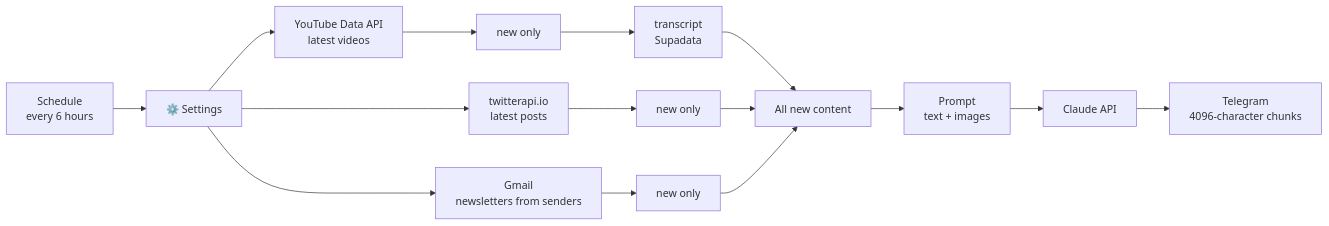
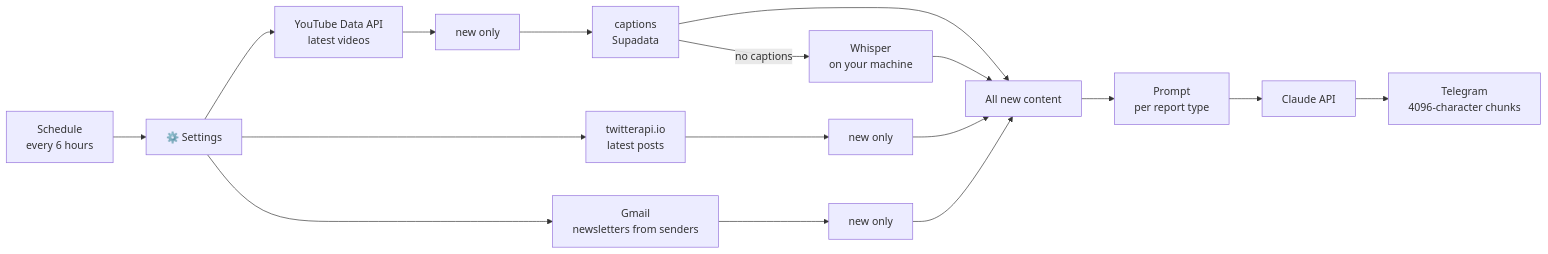
Before and after one commit to Jhanee01/n8n-content-digest: the diagram in README.md, drawn with Mermaid. The commit also changed other lines of this file and 7 other files, not shown here.

First line of the commit message:
Add local Whisper fallback and investment-focused report prompts

````diff
--- a/README.md
+++ b/README.md
@@ -20,14 +27,16 @@
 ```mermaid
 flowchart LR
     T[Schedule<br/>every 6 hours] --> C[⚙️ Settings]
     C --> YT[YouTube Data API<br/>latest videos]
     C --> X[twitterapi.io<br/>latest posts]
     C --> M[Gmail<br/>newsletters from senders]
-    YT --> D1[new only] --> S[transcript<br/>Supadata]
+    YT --> D1[new only] --> S[captions<br/>Supadata]
+    S -->|no captions| W[Whisper<br/>on your machine]
     X --> D2[new only]
     M --> D3[new only]
     S --> MG[All new content]
+    W --> MG
     D2 --> MG
     D3 --> MG
-    MG --> P[Prompt<br/>text + images] --> AI[Claude API] --> TG[Telegram<br/>4096-character chunks]
+    MG --> P[Prompt<br/>per report type] --> AI[Claude API] --> TG[Telegram<br/>4096-character chunks]
 ```
````
